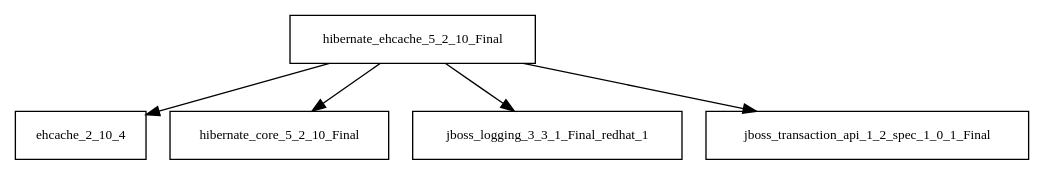
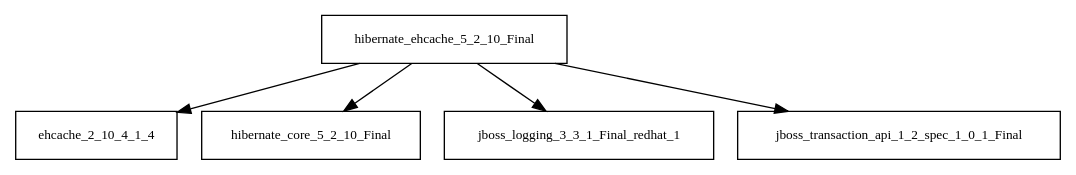
The diagram in tattleTaleReport/graphviz/hibernate-ehcache-5.2.10.Final.jar/hibernate-ehcache-5.2.10.Final.jar.dot (AglaianWoman/cia), drawn with Graphviz before and after one commit. The commit also changed 2443 other files, not shown here.

```diff
--- a/tattleTaleReport/graphviz/hibernate-ehcache-5.2.10.Final.jar/hibernate-ehcache-5.2.10.Final.jar.dot
+++ b/tattleTaleReport/graphviz/hibernate-ehcache-5.2.10.Final.jar/hibernate-ehcache-5.2.10.Final.jar.dot
@@ -1,7 +1,7 @@
 digraph hibernate_ehcache_5_2_10_Final_dependencies {
   node [shape = box, fontsize=10.0];
-  hibernate_ehcache_5_2_10_Final -> ehcache_2_10_4;
+  hibernate_ehcache_5_2_10_Final -> ehcache_2_10_4_1_4;
   hibernate_ehcache_5_2_10_Final -> hibernate_core_5_2_10_Final;
   hibernate_ehcache_5_2_10_Final -> jboss_logging_3_3_1_Final_redhat_1;
   hibernate_ehcache_5_2_10_Final -> jboss_transaction_api_1_2_spec_1_0_1_Final;
 }
```
